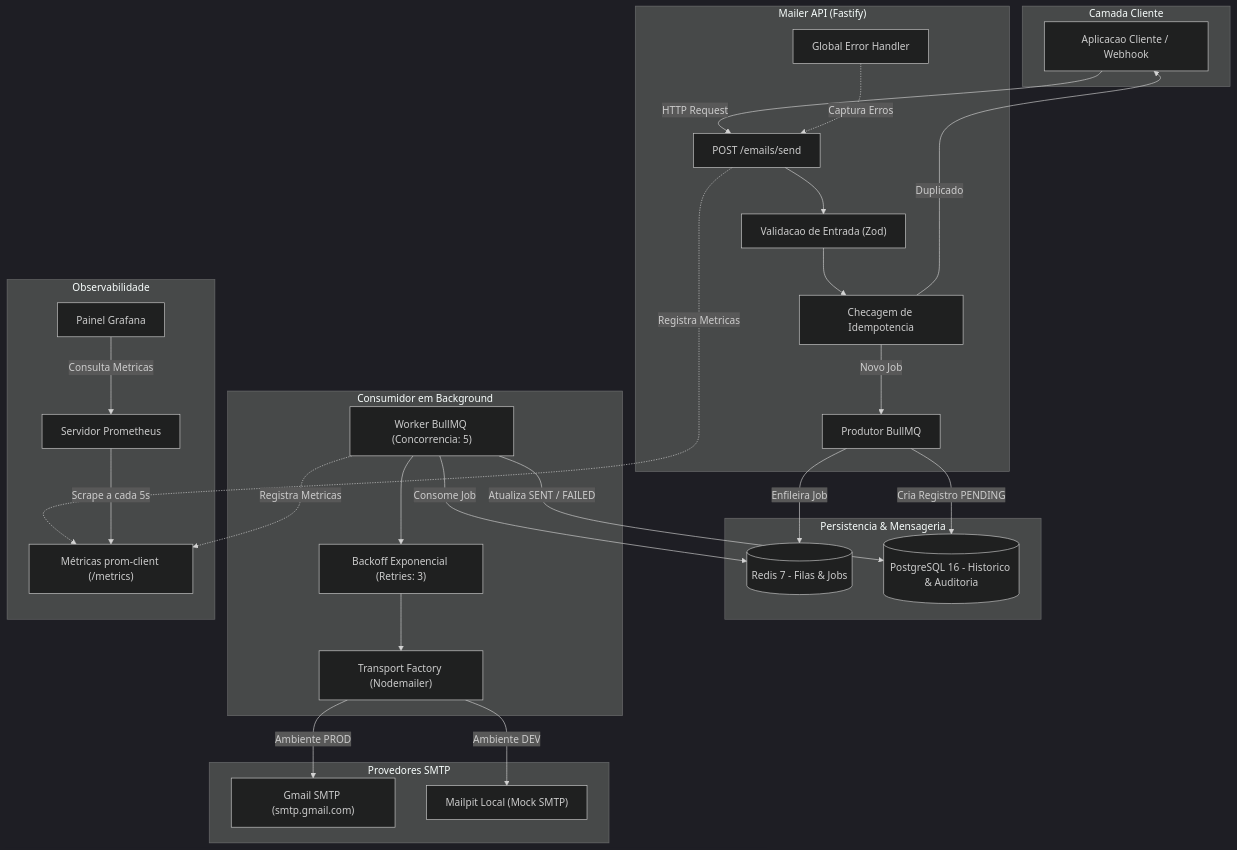
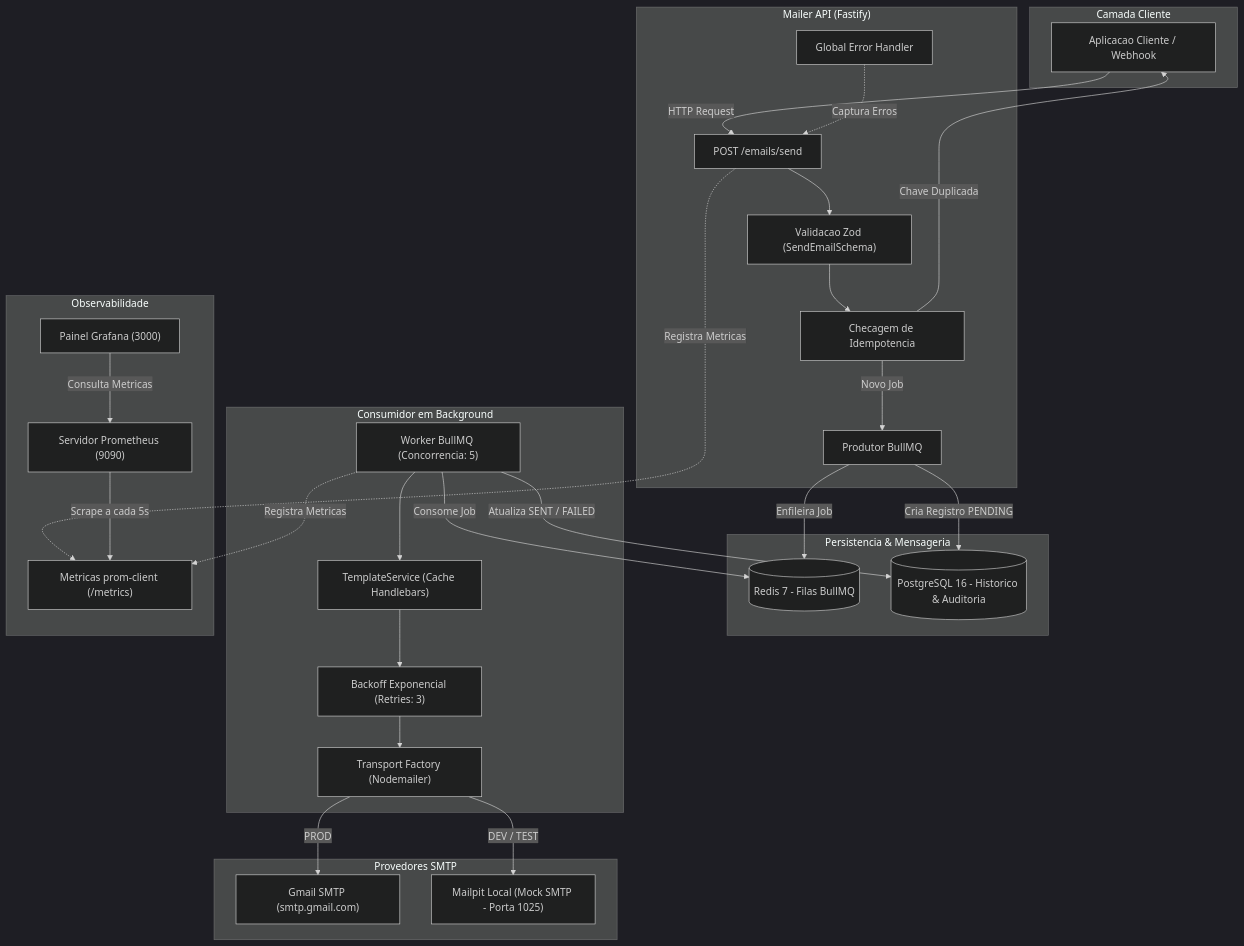
Before and after one commit to thiagoeu/mailer-fullcyle: the diagram in README.md, drawn with Mermaid (dark theme). The commit also changed other lines of this file, not shown here.

Commit message:
docs: update README with testing suite, handlebars templates, and CI/CD pipelines

````diff
--- a/README.md
+++ b/README.md
@@ -66,57 +75,59 @@
 ```mermaid
 flowchart TD
     subgraph ClientLayer ["Camada Cliente"]
         Client["Aplicacao Cliente / Webhook"]
     end
 
     subgraph APILayer ["Mailer API (Fastify)"]
         Routes["POST /emails/send"]
-        Validation["Validacao de Entrada (Zod)"]
+        Validation["Validacao Zod (SendEmailSchema)"]
         Idempotency["Checagem de Idempotencia"]
         ErrorHandler["Global Error Handler"]
         QueueProducer["Produtor BullMQ"]
     end
 
     subgraph StorageBroker ["Persistencia & Mensageria"]
-        Redis[("Redis 7 - Filas & Jobs")]
+        Redis[("Redis 7 - Filas BullMQ")]
         Postgres[("PostgreSQL 16 - Historico & Auditoria")]
     end
 
     subgraph WorkerLayer ["Consumidor em Background"]
         Consumer["Worker BullMQ (Concorrencia: 5)"]
+        TemplateEngine["TemplateService (Cache Handlebars)"]
         RetryStrategy["Backoff Exponencial (Retries: 3)"]
         TransporterFactory["Transport Factory (Nodemailer)"]
     end
 
     subgraph Providers ["Provedores SMTP"]
         Gmail["Gmail SMTP (smtp.gmail.com)"]
-        Mailpit["Mailpit Local (Mock SMTP)"]
+        Mailpit["Mailpit Local (Mock SMTP - Porta 1025)"]
     end
 
     subgraph Observability ["Observabilidade"]
-        PromMetrics["Métricas prom-client (/metrics)"]
-        Prometheus["Servidor Prometheus"]
-        Grafana["Painel Grafana"]
+        PromMetrics["Metricas prom-client (/metrics)"]
+        Prometheus["Servidor Prometheus (9090)"]
+        Grafana["Painel Grafana (3000)"]
     end
 
     Client -->|HTTP Request| Routes
     Routes --> Validation
     Validation --> Idempotency
     Idempotency -->|Novo Job| QueueProducer
-    Idempotency -->|Duplicado| Client
+    Idempotency -->|Chave Duplicada| Client
     ErrorHandler -.->|Captura Erros| Routes
     QueueProducer -->|Enfileira Job| Redis
     QueueProducer -->|Cria Registro PENDING| Postgres
 
     Consumer -->|Consome Job| Redis
-    Consumer --> RetryStrategy
+    Consumer --> TemplateEngine
+    TemplateEngine --> RetryStrategy
     RetryStrategy --> TransporterFactory
-    TransporterFactory -->|Ambiente DEV| Mailpit
-    TransporterFactory -->|Ambiente PROD| Gmail
+    TransporterFactory -->|DEV / TEST| Mailpit
+    TransporterFactory -->|PROD| Gmail
     Consumer -->|Atualiza SENT / FAILED| Postgres
 
     Consumer -.->|Registra Metricas| PromMetrics
     Routes -.->|Registra Metricas| PromMetrics
     Prometheus -->|Scrape a cada 5s| PromMetrics
     Grafana -->|Consulta Metricas| Prometheus
 ```
````
